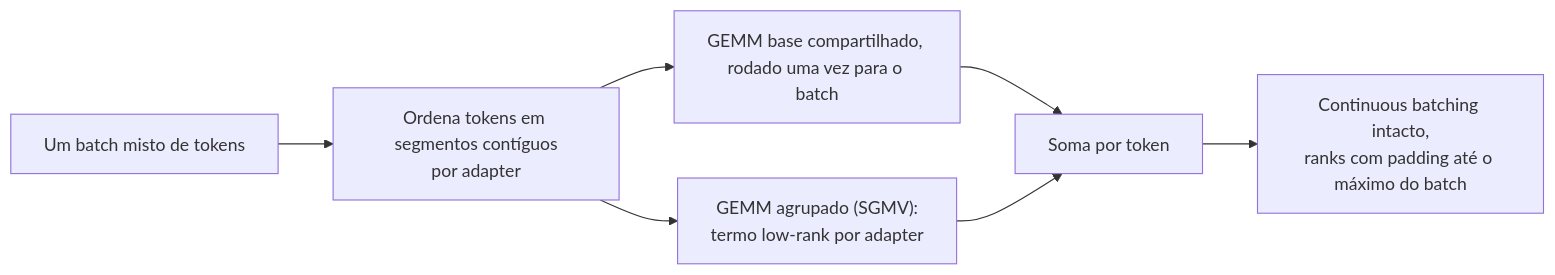
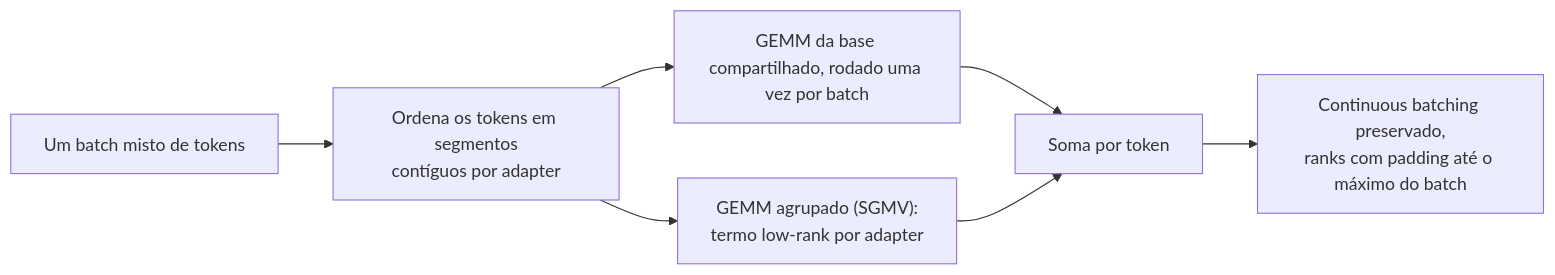
Before and after one commit to andrevberaldo/AI-Engineer-Interview-Questions: diagram 15 of 28 in 08-inference-and-production/questions.pt-BR.md, drawn with Mermaid. The commit also changed other lines of this file and 1 other file, not shown here.

````diff
--- a/08-inference-and-production/questions.pt-BR.md
+++ b/08-inference-and-production/questions.pt-BR.md
@@ -746,9 +746,9 @@
 ```mermaid
 flowchart LR
-    B["Um batch misto de tokens"] --> S["Ordena tokens em segmentos contíguos<br/>por adapter"]
-    S --> BASE["GEMM base compartilhado, rodado uma vez para o batch"]
+    B["Um batch misto de tokens"] --> S["Ordena os tokens em segmentos<br/>contíguos por adapter"]
+    S --> BASE["GEMM da base compartilhado, rodado uma vez por batch"]
     S --> SG["GEMM agrupado (SGMV):<br/>termo low-rank por adapter"]
     BASE --> ADD["Soma por token"]
     SG --> ADD
-    ADD --> O["Continuous batching intacto,<br/>ranks com padding até o máximo do batch"]
+    ADD --> O["Continuous batching preservado,<br/>ranks com padding até o máximo do batch"]
 ```
````
